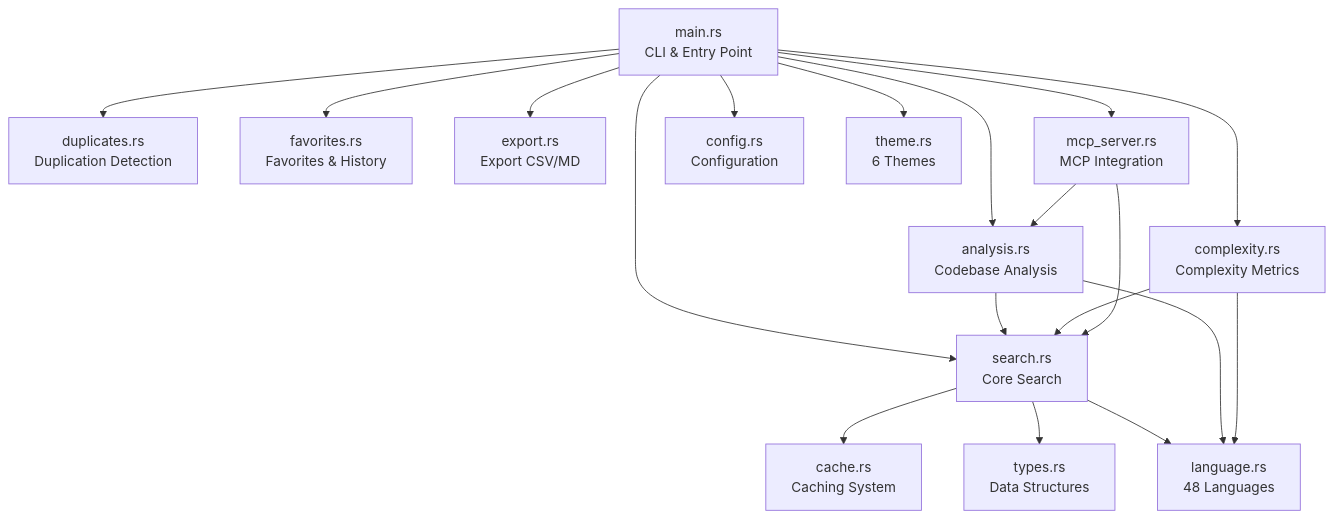
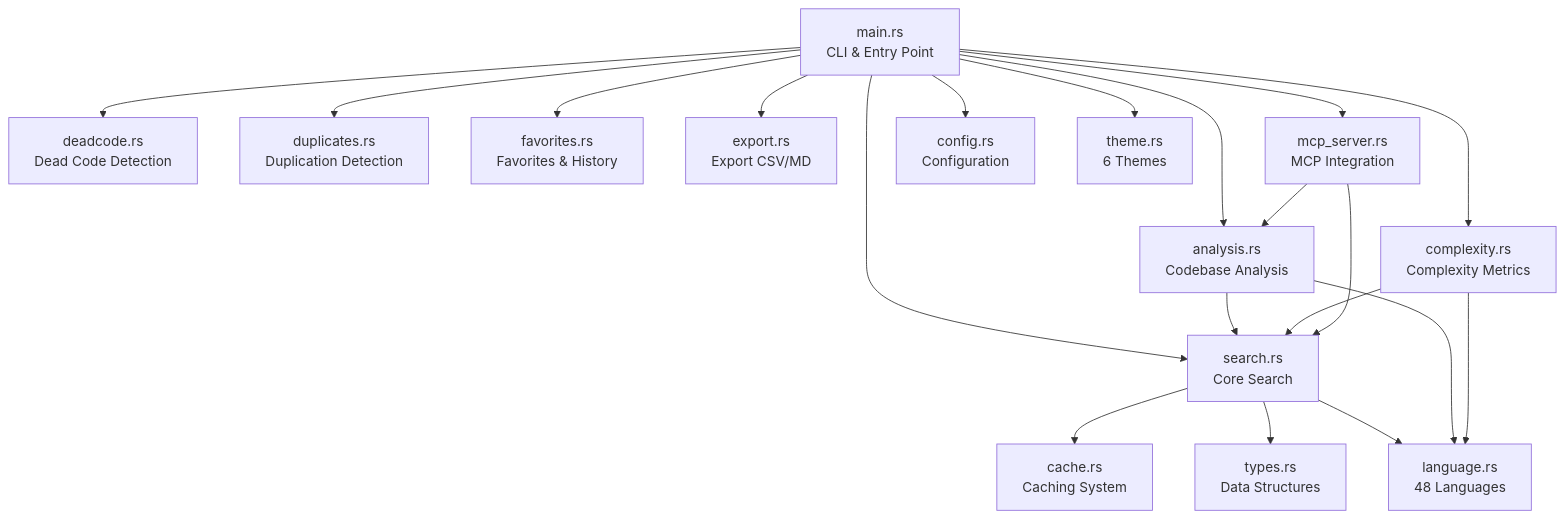
Before and after one commit to yingkitw/codesearch: the second of 3 diagrams in ARCHITECTURE.md, drawn with Mermaid. The commit also changed other lines of this file and 25 other files, not shown here.

First line of the commit message:
Refactor dead code detection into modular architecture and update documentation

````diff
--- a/ARCHITECTURE.md
+++ b/ARCHITECTURE.md
@@ -36,25 +36,26 @@
 ```mermaid
 graph TB
     Main[main.rs<br/>CLI & Entry Point] --> Search[search.rs<br/>Core Search]
     Main --> Analysis[analysis.rs<br/>Codebase Analysis]
     Main --> Complexity[complexity.rs<br/>Complexity Metrics]
+    Main --> Deadcode[deadcode.rs<br/>Dead Code Detection]
     Main --> Duplicates[duplicates.rs<br/>Duplication Detection]
     Main --> Favorites[favorites.rs<br/>Favorites & History]
     Main --> Export[export.rs<br/>Export CSV/MD]
     Main --> MCP[mcp_server.rs<br/>MCP Integration]
     
     Search --> Cache[cache.rs<br/>Caching System]
     Search --> Types[types.rs<br/>Data Structures]
     Search --> Language[language.rs<br/>48 Languages]
     
     Analysis --> Language
     Analysis --> Search
     Complexity --> Language
     Complexity --> Search
     
     Main --> Config[config.rs<br/>Configuration]
     Main --> Theme[theme.rs<br/>6 Themes]
     
     MCP --> Search
     MCP --> Analysis
 ```
````
